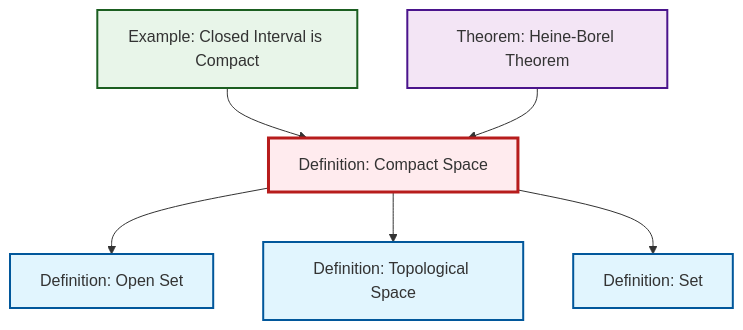
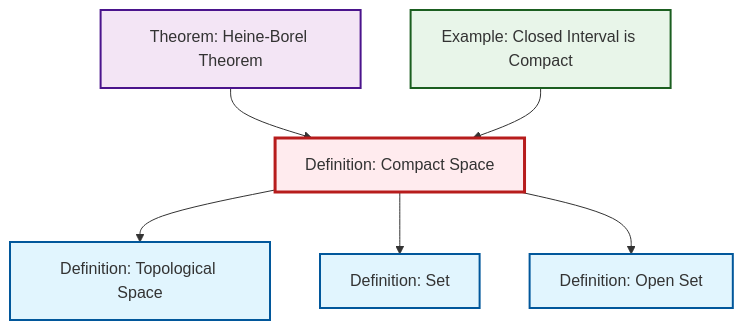
Before and after one commit to RK0429/ModernMath: the diagram in content/ja/topology/def-compact.qmd, drawn with Mermaid. The commit also changed other lines of this file and 530 other files, not shown here.

````diff
--- a/content/ja/topology/def-compact.qmd
+++ b/content/ja/topology/def-compact.qmd
@@ -48,26 +48,26 @@
 ```{mermaid}
 %%| fig-cap: "Local dependency graph"
 graph TD
     classDef definition fill:#e1f5fe,stroke:#01579b,stroke-width:2px
     classDef theorem fill:#f3e5f5,stroke:#4a148c,stroke-width:2px
     classDef axiom fill:#fff3e0,stroke:#e65100,stroke-width:2px
     classDef example fill:#e8f5e9,stroke:#1b5e20,stroke-width:2px
     classDef current fill:#ffebee,stroke:#b71c1c,stroke-width:3px
+    ex-closed-interval-compact["Example: Closed Interval is Compact"]:::example
+    def-compact["Definition: Compact Space"]:::definition
+    def-set["Definition: Set"]:::definition
+    def-topological-space["Definition: Topological Space"]:::definition
     def-open-set["Definition: Open Set"]:::definition
-    def-set["Definition: Set"]:::definition
     thm-heine-borel["Theorem: Heine-Borel Theorem"]:::theorem
-    def-compact["Definition: Compact Space"]:::definition
-    def-topological-space["Definition: Topological Space"]:::definition
-    ex-closed-interval-compact["Example: Closed Interval is Compact"]:::example
-    def-compact --> def-open-set
+    thm-heine-borel --> def-compact
     def-compact --> def-topological-space
     def-compact --> def-set
+    def-compact --> def-open-set
     ex-closed-interval-compact --> def-compact
-    thm-heine-borel --> def-compact
     class def-compact current
+    click ex-closed-interval-compact "ex-closed-interval-compact.html" "Example: Closed Interval is Compactへ"
+    click def-set "def-set.html" "Definition: Setへ"
+    click def-topological-space "def-topological-space.html" "Definition: Topological Spaceへ"
     click def-open-set "def-open-set.html" "Definition: Open Setへ"
-    click def-set "def-set.html" "Definition: Setへ"
     click thm-heine-borel "thm-heine-borel.html" "Theorem: Heine-Borel Theoremへ"
-    click def-topological-space "def-topological-space.html" "Definition: Topological Spaceへ"
-    click ex-closed-interval-compact "ex-closed-interval-compact.html" "Example: Closed Interval is Compactへ"
 ```
````
